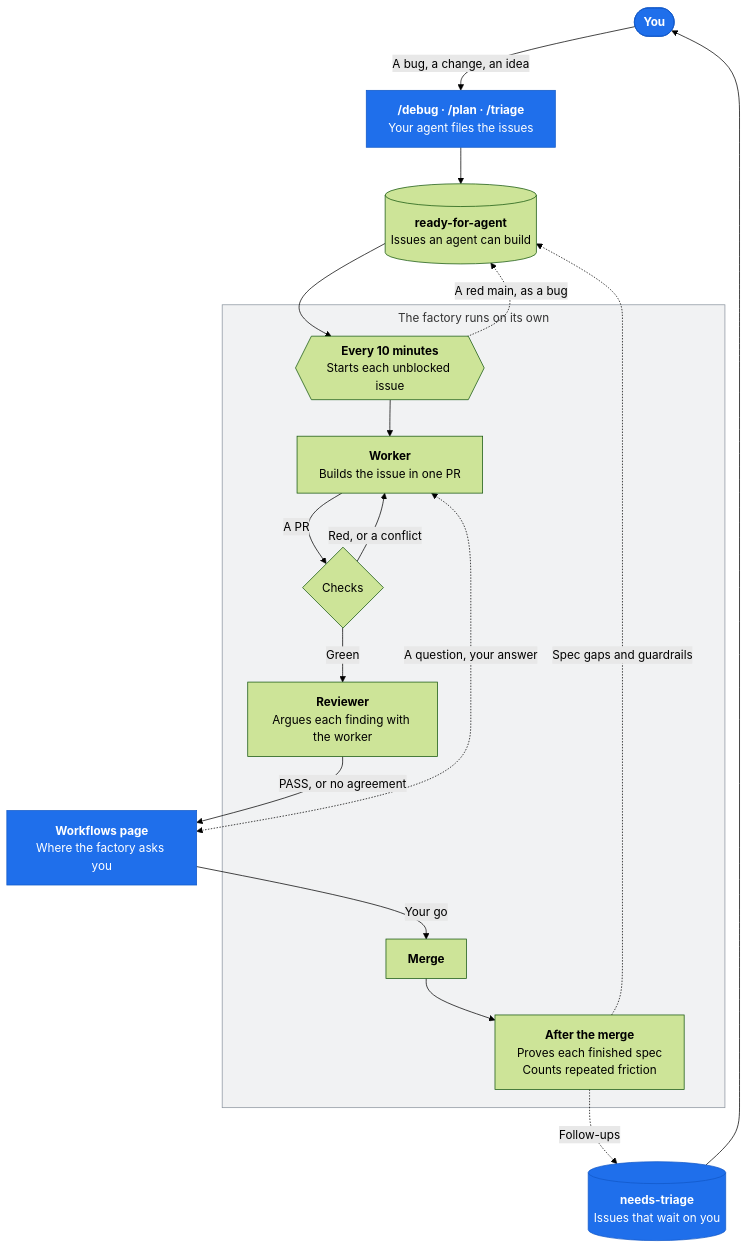
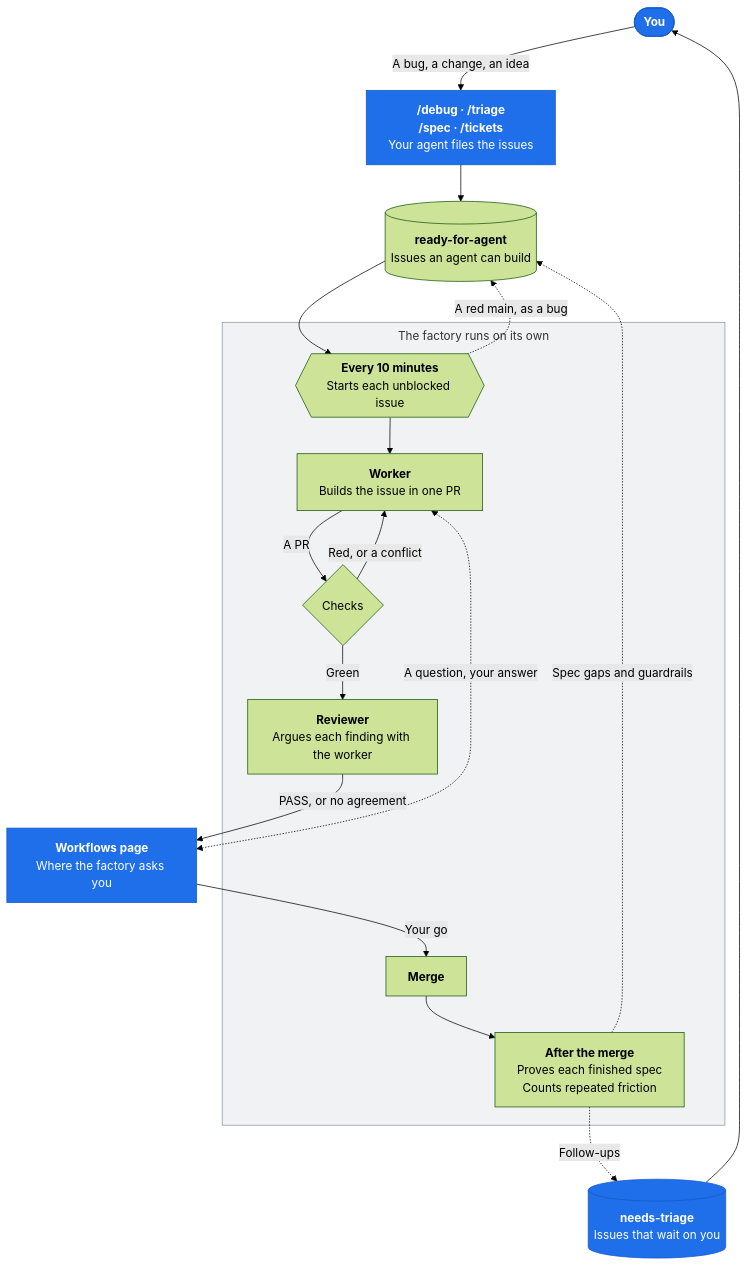
Before and after one commit to dante-sparras/skills: the diagram in README.md, drawn with Mermaid (forest theme). The commit also changed other lines of this file and 26 other files, not shown here.

First line of the commit message:
refactor(skills): split plan into spec and tickets, and give the factory one issue shape

````diff
--- a/README.md
+++ b/README.md
@@ -17,37 +17,37 @@
 ```mermaid
 %%{init: {"flowchart": {"subGraphTitleMargin": {"top": 6, "bottom": 12}}}}%%
 flowchart TD
     you(["<b>You</b>"]):::you
-    intake["<b>/debug · /plan · /triage</b><br/>Your agent files the issues"]:::you
+    intake["<b>/debug · /triage</b><br/><b>/spec · /tickets</b><br/>Your agent files the issues"]:::you
     ready[("<b>ready-for-agent</b><br/>Issues an agent can build")]
     ask["<b>Workflows page</b><br/>Where the factory asks you"]:::you
     triage[("<b>needs-triage</b><br/>Issues that wait on you")]:::you
 
     subgraph factory["The factory runs on its own"]
         start{{"<b>Every 10 minutes</b><br/>Starts each unblocked issue"}}
         worker["<b>Worker</b><br/>Builds the issue in one PR"]
         checks{"Checks"}
         review["<b>Reviewer</b><br/>Argues each finding with the worker"]
         merge["<b>Merge</b>"]
         learn["<b>After the merge</b><br/>Proves each finished spec<br/>Counts repeated friction"]
     end
 
     you -- "A bug, a change, an idea" --> intake
     intake --> ready
     ready --> start
     start --> worker
     worker -- "A PR" --> checks
     checks -- "Red, or a conflict" --> worker
     checks -- "Green" --> review
     review -- "PASS, or no agreement" --> ask
     worker <-. "A question, your answer" .-> ask
     ask -- "Your go" --> merge
     merge --> learn
     start -. "A red main, as a bug" .-> ready
     learn -. "Spec gaps and guardrails" .-> ready
     learn -. "Follow-ups" .-> triage
     triage --> you
 
     classDef you fill:#1f6feb,stroke:#1158c7,color:#ffffff
     style factory fill:#8b949e1f,stroke:#8b949e
 ```
````
